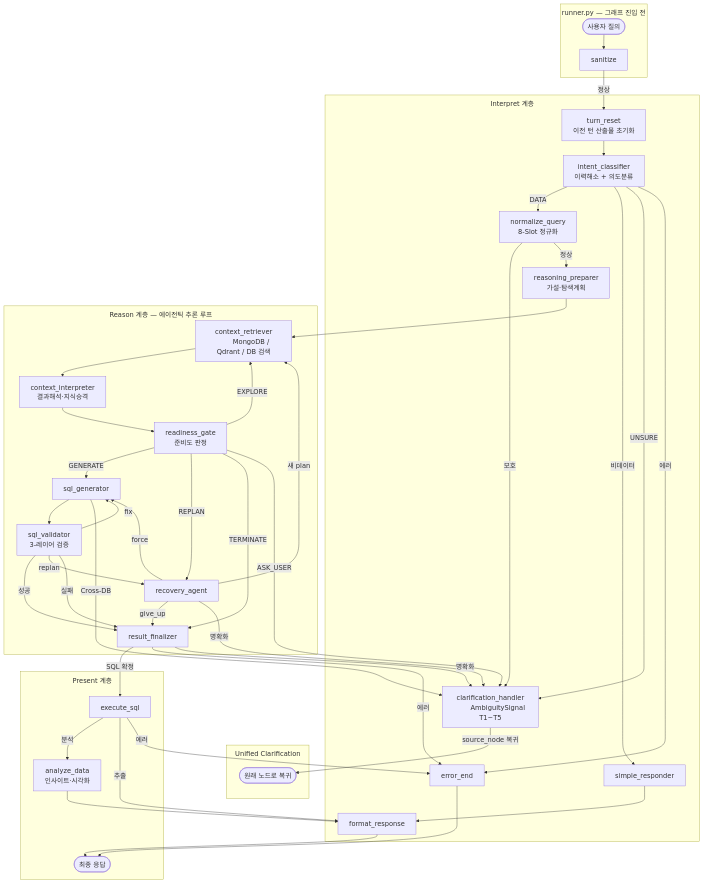
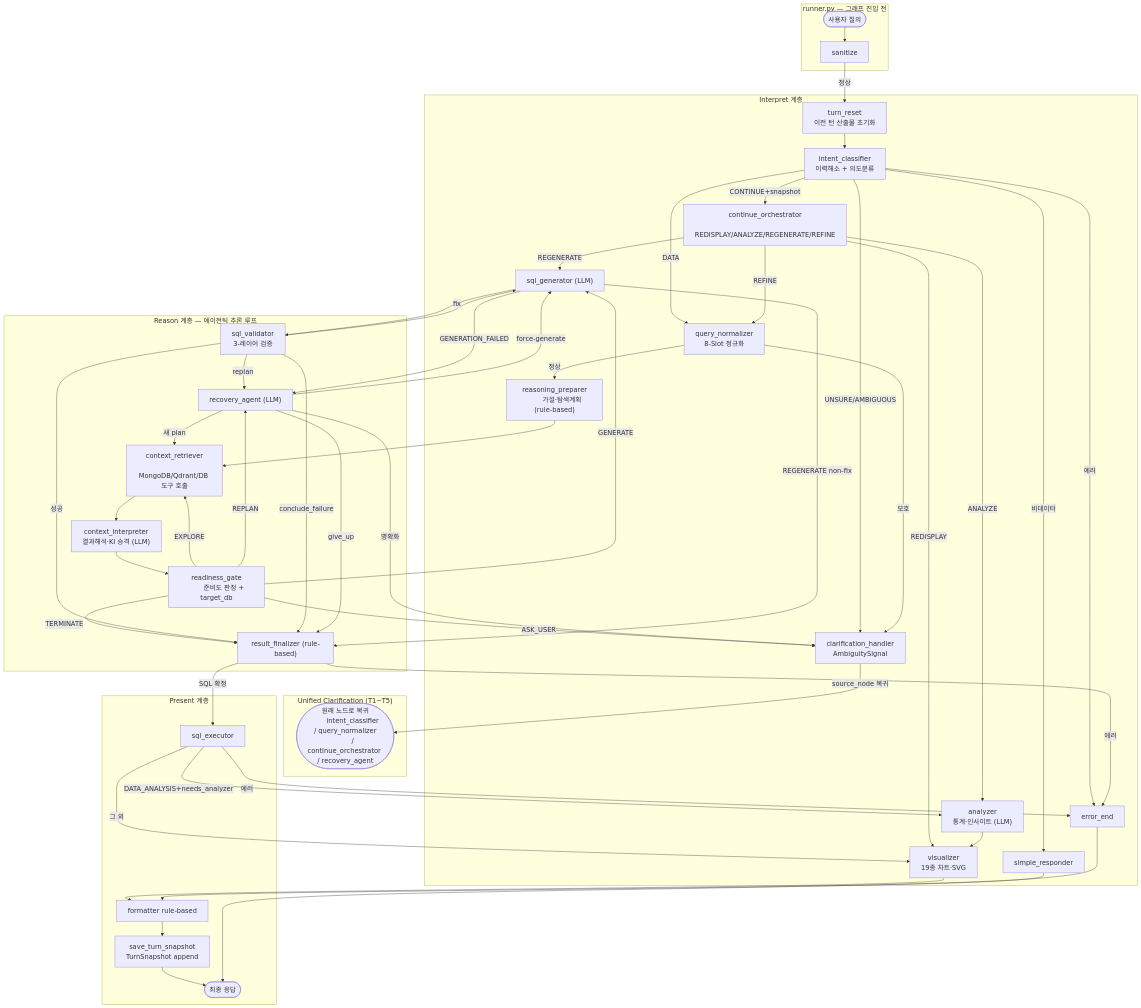
The first of 3 diagrams in docs/architecture/pipeline-architecture.md (cheol-hee-han/data-copilot), drawn with Mermaid before and after one commit. The commit also changed other lines of this file and 500 other files, not shown here.

First line of the commit message:
v8: 멀티턴 continue orchestrator + visualizer 분리 + turn snapshot + LLM 스트리밍/서킷브레이커

```diff
--- a/docs/architecture/pipeline-architecture.md
+++ b/docs/architecture/pipeline-architecture.md
@@ -46,9 +80,6 @@
   flowchart:
     nodeSpacing: 50
     rankSpacing: 40
-    subGraphTitleMargin:
-      top: 10
-      bottom: 10
 ---
 flowchart TD
     subgraph runner["runner.py — 그래프 진입 전"]
@@ -59,61 +90,73 @@
     이전 턴 산출물 초기화"]
 
     subgraph interpret["Interpret 계층"]
-        TR --> CC["intent_classifier
+        TR --> IC["intent_classifier
         이력해소 + 의도분류"]
-        CC -->|DATA| NQ["normalize_query
+        IC -->|CONTINUE+snapshot| CO["continue_orchestrator
+        REDISPLAY/ANALYZE/REGENERATE/REFINE"]
+        IC -->|DATA| QN["query_normalizer
         8-Slot 정규화"]
-        CC -->|비데이터| SR[simple_responder]
-        CC -->|UNSURE| CLR
-        CC -->|에러| ERR
-        NQ -->|모호| CLR
-        NQ -->|정상| RP
-        SR --> FMT
+        IC -->|비데이터| SR[simple_responder]
+        IC -->|UNSURE/AMBIGUOUS| CLR
+        IC -->|에러| ERR
+        QN -->|모호| CLR
+        QN -->|정상| RP
+        CO -->|REDISPLAY| VIZ
+        CO -->|ANALYZE| ANA
+        CO -->|REGENERATE| SG
+        CO -->|REFINE| QN
     end
 
-    subgraph clarify["Unified Clarification"]
+    subgraph clarify["Unified Clarification (T1~T5)"]
         CLR["clarification_handler
-        AmbiguitySignal T1~T5"]
-        CLR -->|source_node 복귀| RET(["원래 노드로 복귀"])
+        AmbiguitySignal"]
+        CLR -->|source_node 복귀| RET(["원래 노드로 복귀
+        intent_classifier / query_normalizer
+        / continue_orchestrator / recovery_agent"])
     end
 
     subgraph reason["Reason 계층 — 에이전틱 추론 루프"]
         RP["reasoning_preparer
-        가설·탐색계획"]
+        가설·탐색계획 (rule-based)"]
         RP --> KF["context_retriever
-        MongoDB / Qdrant / DB 검색"]
+        MongoDB/Qdrant/DB 도구 호출"]
         KF --> KI["context_interpreter
-        결과해석·지식승격"]
+        결과해석·KI 승격 (LLM)"]
         KI --> RG["readiness_gate
-        준비도 판정"]
+        준비도 판정 + target_db"]
         RG -->|EXPLORE| KF
-        RG -->|GENERATE| SG["sql_generator"]
-        RG -->|REPLAN| RA["recovery_agent"]
+        RG -->|GENERATE| SG["sql_generator (LLM)"]
+        RG -->|REPLAN| RA["recovery_agent (LLM)"]
         RG -->|TERMINATE| RF
         RG -->|ASK_USER| CLR
         SG --> SV["sql_validator
         3-레이어 검증"]
-        SG -->|Cross-DB| CLR
-        SV -->|성공| RF["result_finalizer"]
+        SG -->|GENERATION_FAILED| RA
+        SG -->|REGENERATE non-fix| RF
+        SV -->|성공| RF["result_finalizer (rule-based)"]
         SV -->|fix| SG
         SV -->|replan| RA
-        SV -->|실패| RF
+        SV -->|conclude_failure| RF
         RA -->|새 plan| KF
-        RA -->|force| SG
+        RA -->|force-generate| SG
         RA -->|give_up| RF
         RA -->|명확화| CLR
     end
 
     subgraph present["Present 계층"]
-        RF -->|SQL 확정| EXEC[execute_sql]
+        RF -->|SQL 확정| EXEC[sql_executor]
         RF -->|에러| ERR
-        RF -->|명확화| CLR
-        EXEC -->|분석| ANA["analyze_data
-        인사이트·시각화"]
-        EXEC -->|추출| FMT[format_response]
+        EXEC -->|DATA_ANALYSIS+needs_analyzer| ANA["analyzer
+        통계·인사이트 (LLM)"]
+        EXEC -->|그 외| VIZ
         EXEC -->|에러| ERR
-        ANA --> FMT
-        FMT --> END_OK([최종 응답])
+        ANA --> VIZ["visualizer
+        19종 차트·SVG"]
+        VIZ --> FMT[formatter rule-based]
+        SR --> FMT
+        FMT --> STS["save_turn_snapshot
+        TurnSnapshot append"]
+        STS --> END_OK([최종 응답])
     end
 
     ERR[error_end] --> END_OK
```
